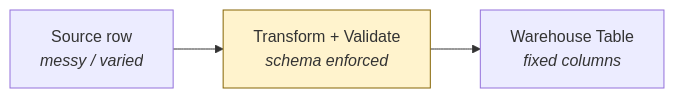
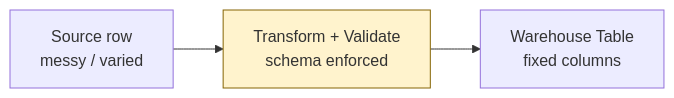
Diagram 22 of 23 in data-architecture/data-warehouse.md (adnanrahin/adnanrahin.github.io), drawn with Mermaid before and after one commit. The commit also changed other lines of this file and 3 other files, not shown here.

Commit message:
updated the flowchart

````diff
--- a/data-architecture/data-warehouse.md
+++ b/data-architecture/data-warehouse.md
@@ -938,9 +932,9 @@
 ```mermaid
 flowchart LR
-    SRC["Source row<br/><i>messy / varied</i>"]
-    ETL["Transform + Validate<br/><i>schema enforced</i>"]
-    TBL["Warehouse Table<br/><i>fixed columns</i>"]
+    SRC["Source row<br/>messy / varied"]
+    ETL["Transform + Validate<br/>schema enforced"]
+    TBL["Warehouse Table<br/>fixed columns"]
     SRC --> ETL --> TBL
 
     style ETL fill:#FFF3CD,stroke:#856404
 ```
````
